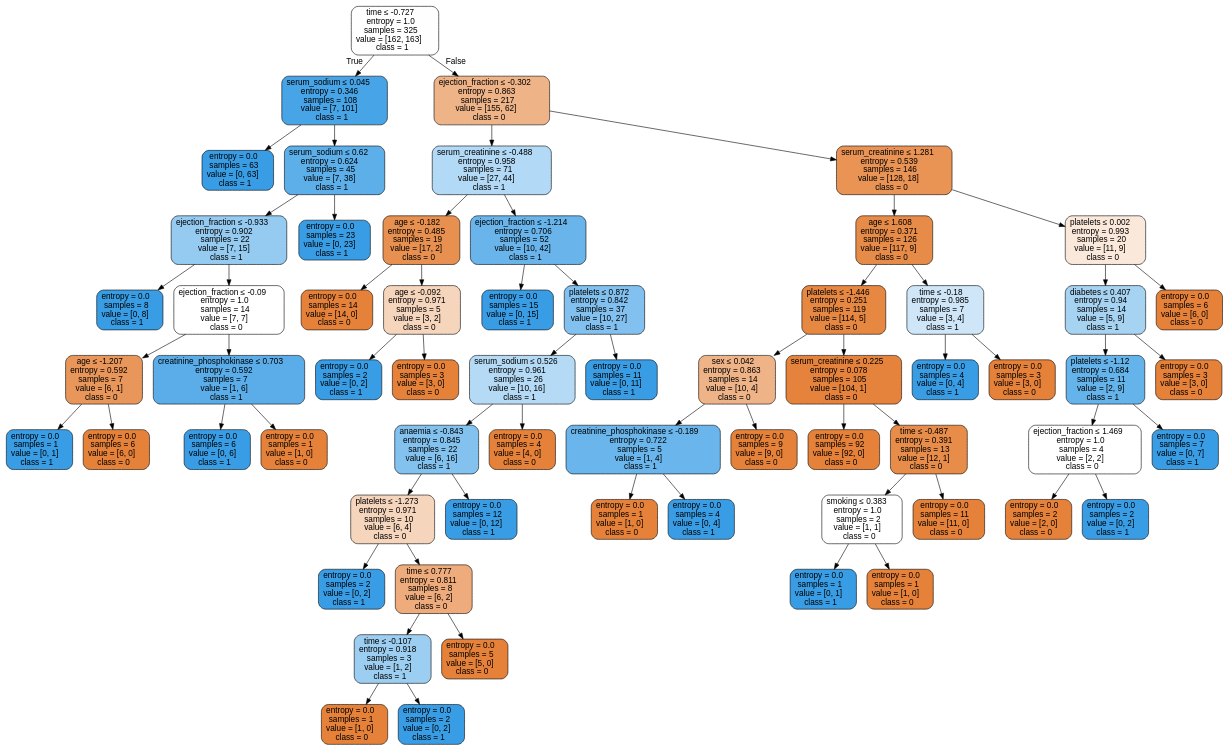
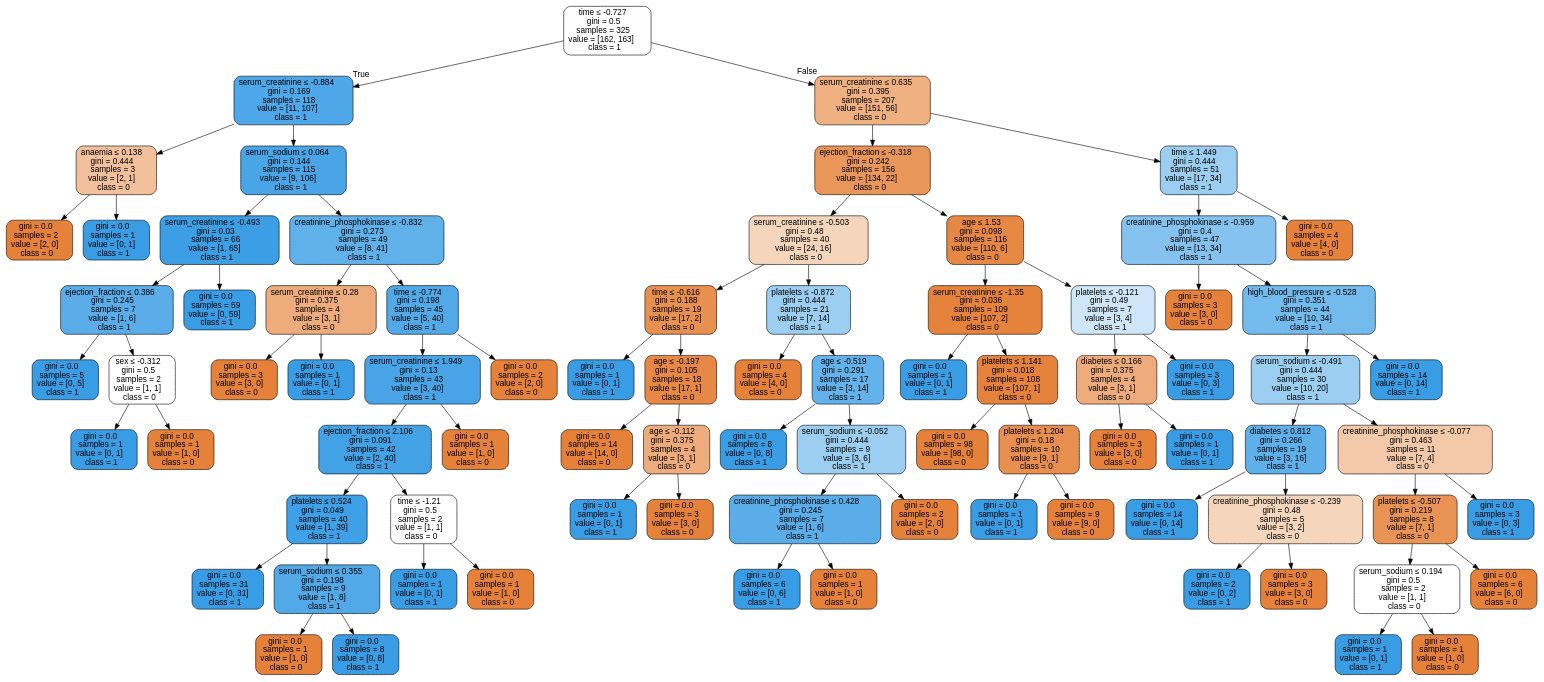
The diagram in Labs/Lab05/Results/SMOTE/HFCR - SMOTE - dtree.dot (isabelSoares/CD-2021), drawn with Graphviz before and after one commit. The commit also changed 97 other files, not shown here.

```diff
--- a/Labs/Lab05/Results/SMOTE/HFCR - SMOTE - dtree.dot
+++ b/Labs/Lab05/Results/SMOTE/HFCR - SMOTE - dtree.dot
@@ -1,129 +1,165 @@
 digraph Tree {
 node [shape=box, style="filled, rounded", color="black", fontname=helvetica] ;
 edge [fontname=helvetica] ;
-0 [label=<time &le; -0.727<br/>entropy = 1.0<br/>samples = 325<br/>value = [162, 163]<br/>class = 1>, fillcolor="#fefeff"] ;
-1 [label=<serum_sodium &le; 0.045<br/>entropy = 0.346<br/>samples = 108<br/>value = [7, 101]<br/>class = 1>, fillcolor="#47a4e7"] ;
+0 [label=<time &le; -0.727<br/>gini = 0.5<br/>samples = 325<br/>value = [162, 163]<br/>class = 1>, fillcolor="#fefeff"] ;
+1 [label=<serum_creatinine &le; -0.884<br/>gini = 0.169<br/>samples = 118<br/>value = [11, 107]<br/>class = 1>, fillcolor="#4da7e8"] ;
 0 -> 1 [labeldistance=2.5, labelangle=45, headlabel="True"] ;
-2 [label=<entropy = 0.0<br/>samples = 63<br/>value = [0, 63]<br/>class = 1>, fillcolor="#399de5"] ;
+2 [label=<anaemia &le; 0.138<br/>gini = 0.444<br/>samples = 3<br/>value = [2, 1]<br/>class = 0>, fillcolor="#f2c09c"] ;
 1 -> 2 ;
-3 [label=<serum_sodium &le; 0.62<br/>entropy = 0.624<br/>samples = 45<br/>value = [7, 38]<br/>class = 1>, fillcolor="#5dafea"] ;
-1 -> 3 ;
-4 [label=<ejection_fraction &le; -0.933<br/>entropy = 0.902<br/>samples = 22<br/>value = [7, 15]<br/>class = 1>, fillcolor="#95cbf1"] ;
-3 -> 4 ;
-5 [label=<entropy = 0.0<br/>samples = 8<br/>value = [0, 8]<br/>class = 1>, fillcolor="#399de5"] ;
-4 -> 5 ;
-6 [label=<ejection_fraction &le; -0.09<br/>entropy = 1.0<br/>samples = 14<br/>value = [7, 7]<br/>class = 0>, fillcolor="#ffffff"] ;
-4 -> 6 ;
-7 [label=<age &le; -1.207<br/>entropy = 0.592<br/>samples = 7<br/>value = [6, 1]<br/>class = 0>, fillcolor="#e9965a"] ;
+3 [label=<gini = 0.0<br/>samples = 2<br/>value = [2, 0]<br/>class = 0>, fillcolor="#e58139"] ;
+2 -> 3 ;
+4 [label=<gini = 0.0<br/>samples = 1<br/>value = [0, 1]<br/>class = 1>, fillcolor="#399de5"] ;
+2 -> 4 ;
+5 [label=<serum_sodium &le; 0.064<br/>gini = 0.144<br/>samples = 115<br/>value = [9, 106]<br/>class = 1>, fillcolor="#4aa5e7"] ;
+1 -> 5 ;
+6 [label=<serum_creatinine &le; -0.493<br/>gini = 0.03<br/>samples = 66<br/>value = [1, 65]<br/>class = 1>, fillcolor="#3c9fe5"] ;
+5 -> 6 ;
+7 [label=<ejection_fraction &le; 0.386<br/>gini = 0.245<br/>samples = 7<br/>value = [1, 6]<br/>class = 1>, fillcolor="#5aade9"] ;
 6 -> 7 ;
-8 [label=<entropy = 0.0<br/>samples = 1<br/>value = [0, 1]<br/>class = 1>, fillcolor="#399de5"] ;
+8 [label=<gini = 0.0<br/>samples = 5<br/>value = [0, 5]<br/>class = 1>, fillcolor="#399de5"] ;
 7 -> 8 ;
-9 [label=<entropy = 0.0<br/>samples = 6<br/>value = [6, 0]<br/>class = 0>, fillcolor="#e58139"] ;
+9 [label=<sex &le; -0.312<br/>gini = 0.5<br/>samples = 2<br/>value = [1, 1]<br/>class = 0>, fillcolor="#ffffff"] ;
 7 -> 9 ;
-10 [label=<creatinine_phosphokinase &le; 0.703<br/>entropy = 0.592<br/>samples = 7<br/>value = [1, 6]<br/>class = 1>, fillcolor="#5aade9"] ;
-6 -> 10 ;
-11 [label=<entropy = 0.0<br/>samples = 6<br/>value = [0, 6]<br/>class = 1>, fillcolor="#399de5"] ;
-10 -> 11 ;
-12 [label=<entropy = 0.0<br/>samples = 1<br/>value = [1, 0]<br/>class = 0>, fillcolor="#e58139"] ;
-10 -> 12 ;
-13 [label=<entropy = 0.0<br/>samples = 23<br/>value = [0, 23]<br/>class = 1>, fillcolor="#399de5"] ;
-3 -> 13 ;
-14 [label=<ejection_fraction &le; -0.302<br/>entropy = 0.863<br/>samples = 217<br/>value = [155, 62]<br/>class = 0>, fillcolor="#efb388"] ;
-0 -> 14 [labeldistance=2.5, labelangle=-45, headlabel="False"] ;
-15 [label=<serum_creatinine &le; -0.488<br/>entropy = 0.958<br/>samples = 71<br/>value = [27, 44]<br/>class = 1>, fillcolor="#b2d9f5"] ;
+10 [label=<gini = 0.0<br/>samples = 1<br/>value = [0, 1]<br/>class = 1>, fillcolor="#399de5"] ;
+9 -> 10 ;
+11 [label=<gini = 0.0<br/>samples = 1<br/>value = [1, 0]<br/>class = 0>, fillcolor="#e58139"] ;
+9 -> 11 ;
+12 [label=<gini = 0.0<br/>samples = 59<br/>value = [0, 59]<br/>class = 1>, fillcolor="#399de5"] ;
+6 -> 12 ;
+13 [label=<creatinine_phosphokinase &le; -0.832<br/>gini = 0.273<br/>samples = 49<br/>value = [8, 41]<br/>class = 1>, fillcolor="#60b0ea"] ;
+5 -> 13 ;
+14 [label=<serum_creatinine &le; 0.28<br/>gini = 0.375<br/>samples = 4<br/>value = [3, 1]<br/>class = 0>, fillcolor="#eeab7b"] ;
+13 -> 14 ;
+15 [label=<gini = 0.0<br/>samples = 3<br/>value = [3, 0]<br/>class = 0>, fillcolor="#e58139"] ;
 14 -> 15 ;
-16 [label=<age &le; -0.182<br/>entropy = 0.485<br/>samples = 19<br/>value = [17, 2]<br/>class = 0>, fillcolor="#e89050"] ;
-15 -> 16 ;
-17 [label=<entropy = 0.0<br/>samples = 14<br/>value = [14, 0]<br/>class = 0>, fillcolor="#e58139"] ;
-16 -> 17 ;
-18 [label=<age &le; -0.092<br/>entropy = 0.971<br/>samples = 5<br/>value = [3, 2]<br/>class = 0>, fillcolor="#f6d5bd"] ;
-16 -> 18 ;
-19 [label=<entropy = 0.0<br/>samples = 2<br/>value = [0, 2]<br/>class = 1>, fillcolor="#399de5"] ;
+16 [label=<gini = 0.0<br/>samples = 1<br/>value = [0, 1]<br/>class = 1>, fillcolor="#399de5"] ;
+14 -> 16 ;
+17 [label=<time &le; -0.774<br/>gini = 0.198<br/>samples = 45<br/>value = [5, 40]<br/>class = 1>, fillcolor="#52a9e8"] ;
+13 -> 17 ;
+18 [label=<serum_creatinine &le; 1.949<br/>gini = 0.13<br/>samples = 43<br/>value = [3, 40]<br/>class = 1>, fillcolor="#48a4e7"] ;
+17 -> 18 ;
+19 [label=<ejection_fraction &le; 2.106<br/>gini = 0.091<br/>samples = 42<br/>value = [2, 40]<br/>class = 1>, fillcolor="#43a2e6"] ;
 18 -> 19 ;
-20 [label=<entropy = 0.0<br/>samples = 3<br/>value = [3, 0]<br/>class = 0>, fillcolor="#e58139"] ;
-18 -> 20 ;
-21 [label=<ejection_fraction &le; -1.214<br/>entropy = 0.706<br/>samples = 52<br/>value = [10, 42]<br/>class = 1>, fillcolor="#68b4eb"] ;
-15 -> 21 ;
-22 [label=<entropy = 0.0<br/>samples = 15<br/>value = [0, 15]<br/>class = 1>, fillcolor="#399de5"] ;
-21 -> 22 ;
-23 [label=<platelets &le; 0.872<br/>entropy = 0.842<br/>samples = 37<br/>value = [10, 27]<br/>class = 1>, fillcolor="#82c1ef"] ;
-21 -> 23 ;
-24 [label=<serum_sodium &le; 0.526<br/>entropy = 0.961<br/>samples = 26<br/>value = [10, 16]<br/>class = 1>, fillcolor="#b5daf5"] ;
-23 -> 24 ;
-25 [label=<anaemia &le; -0.843<br/>entropy = 0.845<br/>samples = 22<br/>value = [6, 16]<br/>class = 1>, fillcolor="#83c2ef"] ;
-24 -> 25 ;
-26 [label=<platelets &le; -1.273<br/>entropy = 0.971<br/>samples = 10<br/>value = [6, 4]<br/>class = 0>, fillcolor="#f6d5bd"] ;
+20 [label=<platelets &le; 0.524<br/>gini = 0.049<br/>samples = 40<br/>value = [1, 39]<br/>class = 1>, fillcolor="#3ea0e6"] ;
+19 -> 20 ;
+21 [label=<gini = 0.0<br/>samples = 31<br/>value = [0, 31]<br/>class = 1>, fillcolor="#399de5"] ;
+20 -> 21 ;
+22 [label=<serum_sodium &le; 0.355<br/>gini = 0.198<br/>samples = 9<br/>value = [1, 8]<br/>class = 1>, fillcolor="#52a9e8"] ;
+20 -> 22 ;
+23 [label=<gini = 0.0<br/>samples = 1<br/>value = [1, 0]<br/>class = 0>, fillcolor="#e58139"] ;
+22 -> 23 ;
+24 [label=<gini = 0.0<br/>samples = 8<br/>value = [0, 8]<br/>class = 1>, fillcolor="#399de5"] ;
+22 -> 24 ;
+25 [label=<time &le; -1.21<br/>gini = 0.5<br/>samples = 2<br/>value = [1, 1]<br/>class = 0>, fillcolor="#ffffff"] ;
+19 -> 25 ;
+26 [label=<gini = 0.0<br/>samples = 1<br/>value = [0, 1]<br/>class = 1>, fillcolor="#399de5"] ;
 25 -> 26 ;
-27 [label=<entropy = 0.0<br/>samples = 2<br/>value = [0, 2]<br/>class = 1>, fillcolor="#399de5"] ;
-26 -> 27 ;
-28 [label=<time &le; 0.777<br/>entropy = 0.811<br/>samples = 8<br/>value = [6, 2]<br/>class = 0>, fillcolor="#eeab7b"] ;
-26 -> 28 ;
-29 [label=<time &le; -0.107<br/>entropy = 0.918<br/>samples = 3<br/>value = [1, 2]<br/>class = 1>, fillcolor="#9ccef2"] ;
-28 -> 29 ;
-30 [label=<entropy = 0.0<br/>samples = 1<br/>value = [1, 0]<br/>class = 0>, fillcolor="#e58139"] ;
-29 -> 30 ;
-31 [label=<entropy = 0.0<br/>samples = 2<br/>value = [0, 2]<br/>class = 1>, fillcolor="#399de5"] ;
-29 -> 31 ;
-32 [label=<entropy = 0.0<br/>samples = 5<br/>value = [5, 0]<br/>class = 0>, fillcolor="#e58139"] ;
-28 -> 32 ;
-33 [label=<entropy = 0.0<br/>samples = 12<br/>value = [0, 12]<br/>class = 1>, fillcolor="#399de5"] ;
-25 -> 33 ;
-34 [label=<entropy = 0.0<br/>samples = 4<br/>value = [4, 0]<br/>class = 0>, fillcolor="#e58139"] ;
-24 -> 34 ;
-35 [label=<entropy = 0.0<br/>samples = 11<br/>value = [0, 11]<br/>class = 1>, fillcolor="#399de5"] ;
-23 -> 35 ;
-36 [label=<serum_creatinine &le; 1.281<br/>entropy = 0.539<br/>samples = 146<br/>value = [128, 18]<br/>class = 0>, fillcolor="#e99355"] ;
-14 -> 36 ;
-37 [label=<age &le; 1.608<br/>entropy = 0.371<br/>samples = 126<br/>value = [117, 9]<br/>class = 0>, fillcolor="#e78b48"] ;
-36 -> 37 ;
-38 [label=<platelets &le; -1.446<br/>entropy = 0.251<br/>samples = 119<br/>value = [114, 5]<br/>class = 0>, fillcolor="#e68742"] ;
+27 [label=<gini = 0.0<br/>samples = 1<br/>value = [1, 0]<br/>class = 0>, fillcolor="#e58139"] ;
+25 -> 27 ;
+28 [label=<gini = 0.0<br/>samples = 1<br/>value = [1, 0]<br/>class = 0>, fillcolor="#e58139"] ;
+18 -> 28 ;
+29 [label=<gini = 0.0<br/>samples = 2<br/>value = [2, 0]<br/>class = 0>, fillcolor="#e58139"] ;
+17 -> 29 ;
+30 [label=<serum_creatinine &le; 0.635<br/>gini = 0.395<br/>samples = 207<br/>value = [151, 56]<br/>class = 0>, fillcolor="#efb082"] ;
+0 -> 30 [labeldistance=2.5, labelangle=-45, headlabel="False"] ;
+31 [label=<ejection_fraction &le; -0.318<br/>gini = 0.242<br/>samples = 156<br/>value = [134, 22]<br/>class = 0>, fillcolor="#e9965a"] ;
+30 -> 31 ;
+32 [label=<serum_creatinine &le; -0.503<br/>gini = 0.48<br/>samples = 40<br/>value = [24, 16]<br/>class = 0>, fillcolor="#f6d5bd"] ;
+31 -> 32 ;
+33 [label=<time &le; -0.616<br/>gini = 0.188<br/>samples = 19<br/>value = [17, 2]<br/>class = 0>, fillcolor="#e89050"] ;
+32 -> 33 ;
+34 [label=<gini = 0.0<br/>samples = 1<br/>value = [0, 1]<br/>class = 1>, fillcolor="#399de5"] ;
+33 -> 34 ;
+35 [label=<age &le; -0.197<br/>gini = 0.105<br/>samples = 18<br/>value = [17, 1]<br/>class = 0>, fillcolor="#e78845"] ;
+33 -> 35 ;
+36 [label=<gini = 0.0<br/>samples = 14<br/>value = [14, 0]<br/>class = 0>, fillcolor="#e58139"] ;
+35 -> 36 ;
+37 [label=<age &le; -0.112<br/>gini = 0.375<br/>samples = 4<br/>value = [3, 1]<br/>class = 0>, fillcolor="#eeab7b"] ;
+35 -> 37 ;
+38 [label=<gini = 0.0<br/>samples = 1<br/>value = [0, 1]<br/>class = 1>, fillcolor="#399de5"] ;
 37 -> 38 ;
-39 [label=<sex &le; 0.042<br/>entropy = 0.863<br/>samples = 14<br/>value = [10, 4]<br/>class = 0>, fillcolor="#efb388"] ;
-38 -> 39 ;
-40 [label=<creatinine_phosphokinase &le; -0.189<br/>entropy = 0.722<br/>samples = 5<br/>value = [1, 4]<br/>class = 1>, fillcolor="#6ab6ec"] ;
-39 -> 40 ;
-41 [label=<entropy = 0.0<br/>samples = 1<br/>value = [1, 0]<br/>class = 0>, fillcolor="#e58139"] ;
+39 [label=<gini = 0.0<br/>samples = 3<br/>value = [3, 0]<br/>class = 0>, fillcolor="#e58139"] ;
+37 -> 39 ;
+40 [label=<platelets &le; -0.872<br/>gini = 0.444<br/>samples = 21<br/>value = [7, 14]<br/>class = 1>, fillcolor="#9ccef2"] ;
+32 -> 40 ;
+41 [label=<gini = 0.0<br/>samples = 4<br/>value = [4, 0]<br/>class = 0>, fillcolor="#e58139"] ;
 40 -> 41 ;
-42 [label=<entropy = 0.0<br/>samples = 4<br/>value = [0, 4]<br/>class = 1>, fillcolor="#399de5"] ;
+42 [label=<age &le; -0.519<br/>gini = 0.291<br/>samples = 17<br/>value = [3, 14]<br/>class = 1>, fillcolor="#63b2eb"] ;
 40 -> 42 ;
-43 [label=<entropy = 0.0<br/>samples = 9<br/>value = [9, 0]<br/>class = 0>, fillcolor="#e58139"] ;
-39 -> 43 ;
-44 [label=<serum_creatinine &le; 0.225<br/>entropy = 0.078<br/>samples = 105<br/>value = [104, 1]<br/>class = 0>, fillcolor="#e5823b"] ;
-38 -> 44 ;
-45 [label=<entropy = 0.0<br/>samples = 92<br/>value = [92, 0]<br/>class = 0>, fillcolor="#e58139"] ;
+43 [label=<gini = 0.0<br/>samples = 8<br/>value = [0, 8]<br/>class = 1>, fillcolor="#399de5"] ;
+42 -> 43 ;
+44 [label=<serum_sodium &le; -0.052<br/>gini = 0.444<br/>samples = 9<br/>value = [3, 6]<br/>class = 1>, fillcolor="#9ccef2"] ;
+42 -> 44 ;
+45 [label=<creatinine_phosphokinase &le; 0.428<br/>gini = 0.245<br/>samples = 7<br/>value = [1, 6]<br/>class = 1>, fillcolor="#5aade9"] ;
 44 -> 45 ;
-46 [label=<time &le; -0.487<br/>entropy = 0.391<br/>samples = 13<br/>value = [12, 1]<br/>class = 0>, fillcolor="#e78c49"] ;
-44 -> 46 ;
-47 [label=<smoking &le; 0.383<br/>entropy = 1.0<br/>samples = 2<br/>value = [1, 1]<br/>class = 0>, fillcolor="#ffffff"] ;
-46 -> 47 ;
-48 [label=<entropy = 0.0<br/>samples = 1<br/>value = [0, 1]<br/>class = 1>, fillcolor="#399de5"] ;
-47 -> 48 ;
-49 [label=<entropy = 0.0<br/>samples = 1<br/>value = [1, 0]<br/>class = 0>, fillcolor="#e58139"] ;
-47 -> 49 ;
-50 [label=<entropy = 0.0<br/>samples = 11<br/>value = [11, 0]<br/>class = 0>, fillcolor="#e58139"] ;
-46 -> 50 ;
-51 [label=<time &le; -0.18<br/>entropy = 0.985<br/>samples = 7<br/>value = [3, 4]<br/>class = 1>, fillcolor="#cee6f8"] ;
-37 -> 51 ;
-52 [label=<entropy = 0.0<br/>samples = 4<br/>value = [0, 4]<br/>class = 1>, fillcolor="#399de5"] ;
-51 -> 52 ;
-53 [label=<entropy = 0.0<br/>samples = 3<br/>value = [3, 0]<br/>class = 0>, fillcolor="#e58139"] ;
-51 -> 53 ;
-54 [label=<platelets &le; 0.002<br/>entropy = 0.993<br/>samples = 20<br/>value = [11, 9]<br/>class = 0>, fillcolor="#fae8db"] ;
-36 -> 54 ;
-55 [label=<diabetes &le; 0.407<br/>entropy = 0.94<br/>samples = 14<br/>value = [5, 9]<br/>class = 1>, fillcolor="#a7d3f3"] ;
+46 [label=<gini = 0.0<br/>samples = 6<br/>value = [0, 6]<br/>class = 1>, fillcolor="#399de5"] ;
+45 -> 46 ;
+47 [label=<gini = 0.0<br/>samples = 1<br/>value = [1, 0]<br/>class = 0>, fillcolor="#e58139"] ;
+45 -> 47 ;
+48 [label=<gini = 0.0<br/>samples = 2<br/>value = [2, 0]<br/>class = 0>, fillcolor="#e58139"] ;
+44 -> 48 ;
+49 [label=<age &le; 1.53<br/>gini = 0.098<br/>samples = 116<br/>value = [110, 6]<br/>class = 0>, fillcolor="#e68844"] ;
+31 -> 49 ;
+50 [label=<serum_creatinine &le; -1.35<br/>gini = 0.036<br/>samples = 109<br/>value = [107, 2]<br/>class = 0>, fillcolor="#e5833d"] ;
+49 -> 50 ;
+51 [label=<gini = 0.0<br/>samples = 1<br/>value = [0, 1]<br/>class = 1>, fillcolor="#399de5"] ;
+50 -> 51 ;
+52 [label=<platelets &le; 1.141<br/>gini = 0.018<br/>samples = 108<br/>value = [107, 1]<br/>class = 0>, fillcolor="#e5823b"] ;
+50 -> 52 ;
+53 [label=<gini = 0.0<br/>samples = 98<br/>value = [98, 0]<br/>class = 0>, fillcolor="#e58139"] ;
+52 -> 53 ;
+54 [label=<platelets &le; 1.204<br/>gini = 0.18<br/>samples = 10<br/>value = [9, 1]<br/>class = 0>, fillcolor="#e88f4f"] ;
+52 -> 54 ;
+55 [label=<gini = 0.0<br/>samples = 1<br/>value = [0, 1]<br/>class = 1>, fillcolor="#399de5"] ;
 54 -> 55 ;
-56 [label=<platelets &le; -1.12<br/>entropy = 0.684<br/>samples = 11<br/>value = [2, 9]<br/>class = 1>, fillcolor="#65b3eb"] ;
-55 -> 56 ;
-57 [label=<ejection_fraction &le; 1.469<br/>entropy = 1.0<br/>samples = 4<br/>value = [2, 2]<br/>class = 0>, fillcolor="#ffffff"] ;
-56 -> 57 ;
-58 [label=<entropy = 0.0<br/>samples = 2<br/>value = [2, 0]<br/>class = 0>, fillcolor="#e58139"] ;
+56 [label=<gini = 0.0<br/>samples = 9<br/>value = [9, 0]<br/>class = 0>, fillcolor="#e58139"] ;
+54 -> 56 ;
+57 [label=<platelets &le; -0.121<br/>gini = 0.49<br/>samples = 7<br/>value = [3, 4]<br/>class = 1>, fillcolor="#cee6f8"] ;
+49 -> 57 ;
+58 [label=<diabetes &le; 0.166<br/>gini = 0.375<br/>samples = 4<br/>value = [3, 1]<br/>class = 0>, fillcolor="#eeab7b"] ;
 57 -> 58 ;
-59 [label=<entropy = 0.0<br/>samples = 2<br/>value = [0, 2]<br/>class = 1>, fillcolor="#399de5"] ;
-57 -> 59 ;
-60 [label=<entropy = 0.0<br/>samples = 7<br/>value = [0, 7]<br/>class = 1>, fillcolor="#399de5"] ;
-56 -> 60 ;
-61 [label=<entropy = 0.0<br/>samples = 3<br/>value = [3, 0]<br/>class = 0>, fillcolor="#e58139"] ;
-55 -> 61 ;
-62 [label=<entropy = 0.0<br/>samples = 6<br/>value = [6, 0]<br/>class = 0>, fillcolor="#e58139"] ;
-54 -> 62 ;
+59 [label=<gini = 0.0<br/>samples = 3<br/>value = [3, 0]<br/>class = 0>, fillcolor="#e58139"] ;
+58 -> 59 ;
+60 [label=<gini = 0.0<br/>samples = 1<br/>value = [0, 1]<br/>class = 1>, fillcolor="#399de5"] ;
+58 -> 60 ;
+61 [label=<gini = 0.0<br/>samples = 3<br/>value = [0, 3]<br/>class = 1>, fillcolor="#399de5"] ;
+57 -> 61 ;
+62 [label=<time &le; 1.449<br/>gini = 0.444<br/>samples = 51<br/>value = [17, 34]<br/>class = 1>, fillcolor="#9ccef2"] ;
+30 -> 62 ;
+63 [label=<creatinine_phosphokinase &le; -0.959<br/>gini = 0.4<br/>samples = 47<br/>value = [13, 34]<br/>class = 1>, fillcolor="#85c2ef"] ;
+62 -> 63 ;
+64 [label=<gini = 0.0<br/>samples = 3<br/>value = [3, 0]<br/>class = 0>, fillcolor="#e58139"] ;
+63 -> 64 ;
+65 [label=<high_blood_pressure &le; -0.528<br/>gini = 0.351<br/>samples = 44<br/>value = [10, 34]<br/>class = 1>, fillcolor="#73baed"] ;
+63 -> 65 ;
+66 [label=<serum_sodium &le; -0.491<br/>gini = 0.444<br/>samples = 30<br/>value = [10, 20]<br/>class = 1>, fillcolor="#9ccef2"] ;
+65 -> 66 ;
+67 [label=<diabetes &le; 0.812<br/>gini = 0.266<br/>samples = 19<br/>value = [3, 16]<br/>class = 1>, fillcolor="#5eafea"] ;
+66 -> 67 ;
+68 [label=<gini = 0.0<br/>samples = 14<br/>value = [0, 14]<br/>class = 1>, fillcolor="#399de5"] ;
+67 -> 68 ;
+69 [label=<creatinine_phosphokinase &le; -0.239<br/>gini = 0.48<br/>samples = 5<br/>value = [3, 2]<br/>class = 0>, fillcolor="#f6d5bd"] ;
+67 -> 69 ;
+70 [label=<gini = 0.0<br/>samples = 2<br/>value = [0, 2]<br/>class = 1>, fillcolor="#399de5"] ;
+69 -> 70 ;
+71 [label=<gini = 0.0<br/>samples = 3<br/>value = [3, 0]<br/>class = 0>, fillcolor="#e58139"] ;
+69 -> 71 ;
+72 [label=<creatinine_phosphokinase &le; -0.077<br/>gini = 0.463<br/>samples = 11<br/>value = [7, 4]<br/>class = 0>, fillcolor="#f4c9aa"] ;
+66 -> 72 ;
+73 [label=<platelets &le; -0.507<br/>gini = 0.219<br/>samples = 8<br/>value = [7, 1]<br/>class = 0>, fillcolor="#e99355"] ;
+72 -> 73 ;
+74 [label=<serum_sodium &le; 0.194<br/>gini = 0.5<br/>samples = 2<br/>value = [1, 1]<br/>class = 0>, fillcolor="#ffffff"] ;
+73 -> 74 ;
+75 [label=<gini = 0.0<br/>samples = 1<br/>value = [0, 1]<br/>class = 1>, fillcolor="#399de5"] ;
+74 -> 75 ;
+76 [label=<gini = 0.0<br/>samples = 1<br/>value = [1, 0]<br/>class = 0>, fillcolor="#e58139"] ;
+74 -> 76 ;
+77 [label=<gini = 0.0<br/>samples = 6<br/>value = [6, 0]<br/>class = 0>, fillcolor="#e58139"] ;
+73 -> 77 ;
+78 [label=<gini = 0.0<br/>samples = 3<br/>value = [0, 3]<br/>class = 1>, fillcolor="#399de5"] ;
+72 -> 78 ;
+79 [label=<gini = 0.0<br/>samples = 14<br/>value = [0, 14]<br/>class = 1>, fillcolor="#399de5"] ;
+65 -> 79 ;
+80 [label=<gini = 0.0<br/>samples = 4<br/>value = [4, 0]<br/>class = 0>, fillcolor="#e58139"] ;
+62 -> 80 ;
 }
```
